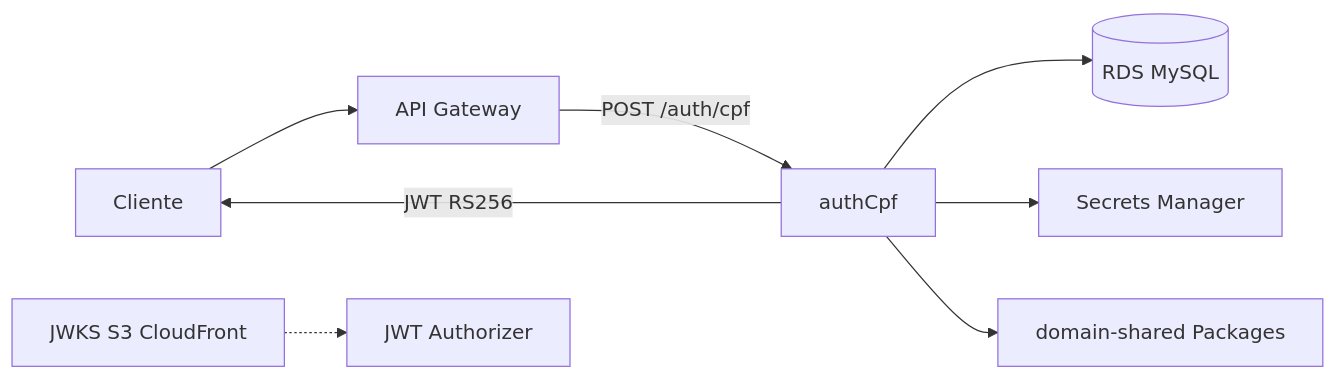
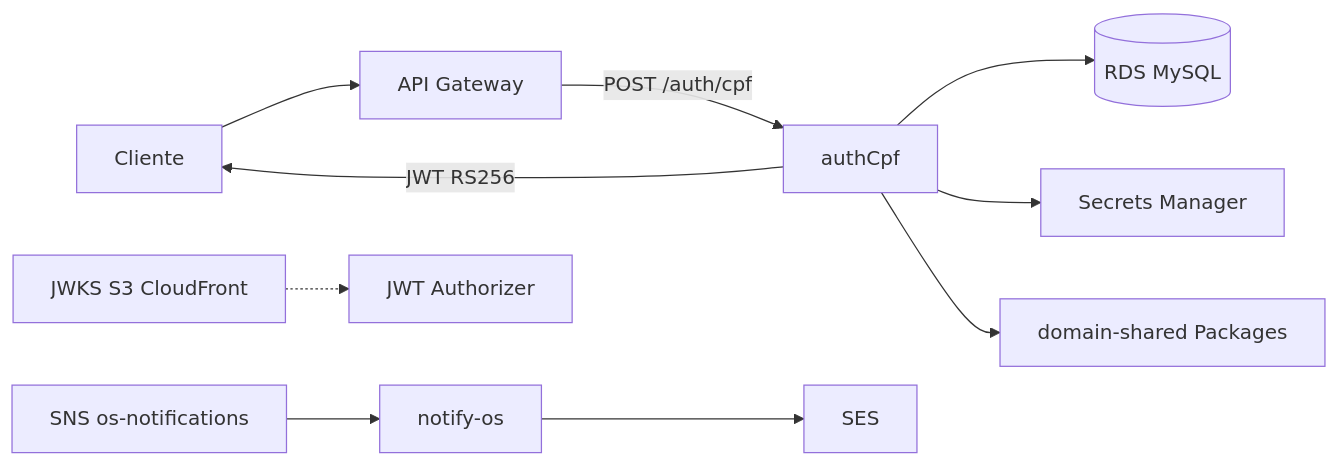
The diagram in README.md (dinhogt/autoservicemanager-auth-lambda), drawn with Mermaid before and after one commit. The commit also changed other lines of this file and 8 other files, not shown here.

````diff
--- a/README.md
+++ b/README.md
@@ -15,10 +15,12 @@
 ```mermaid
 flowchart LR
   Client[Cliente] --> APIGW[API Gateway]
   APIGW -->|POST /auth/cpf| Lambda[authCpf]
   Lambda --> RDS[(RDS MySQL)]
   Lambda --> SM[Secrets Manager]
   Lambda --> PKG[domain-shared Packages]
   Lambda -->|JWT RS256| Client
+  SNS[SNS os-notifications] --> Notify[notify-os]
+  Notify --> SES[SES]
   JWKS[JWKS S3 CloudFront] -.-> AuthZ[JWT Authorizer]
 ```
````
